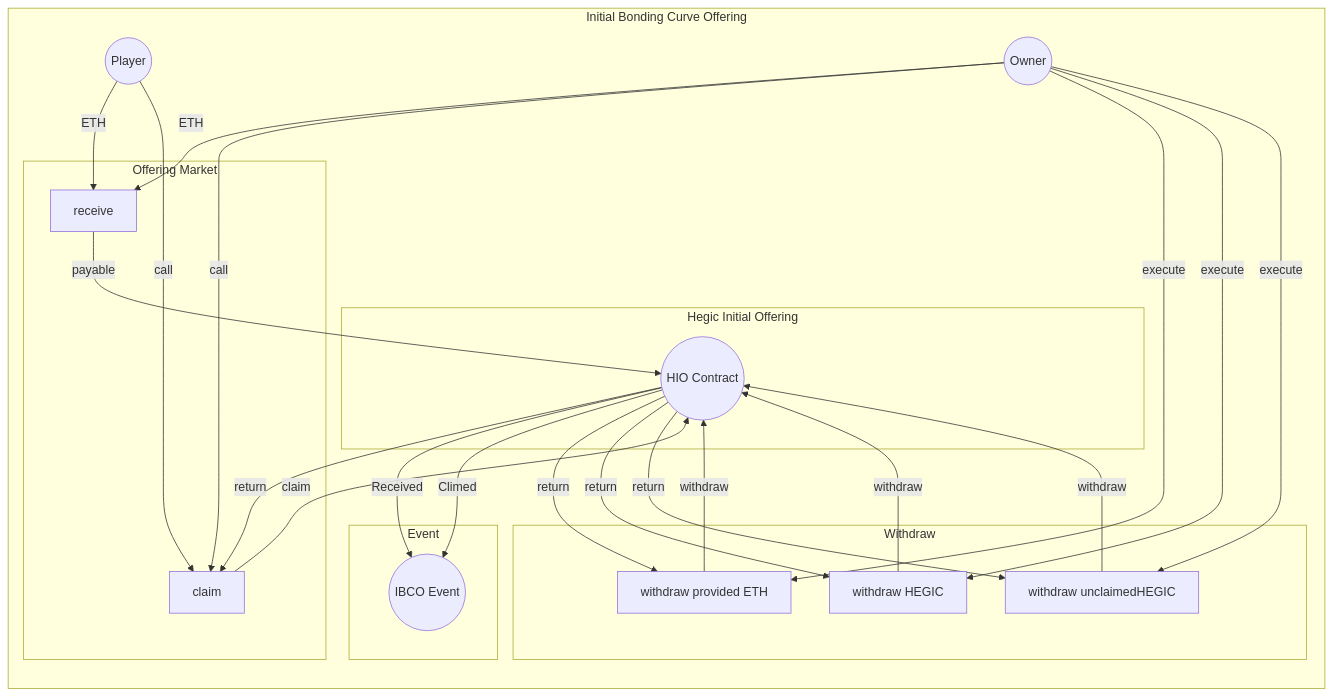
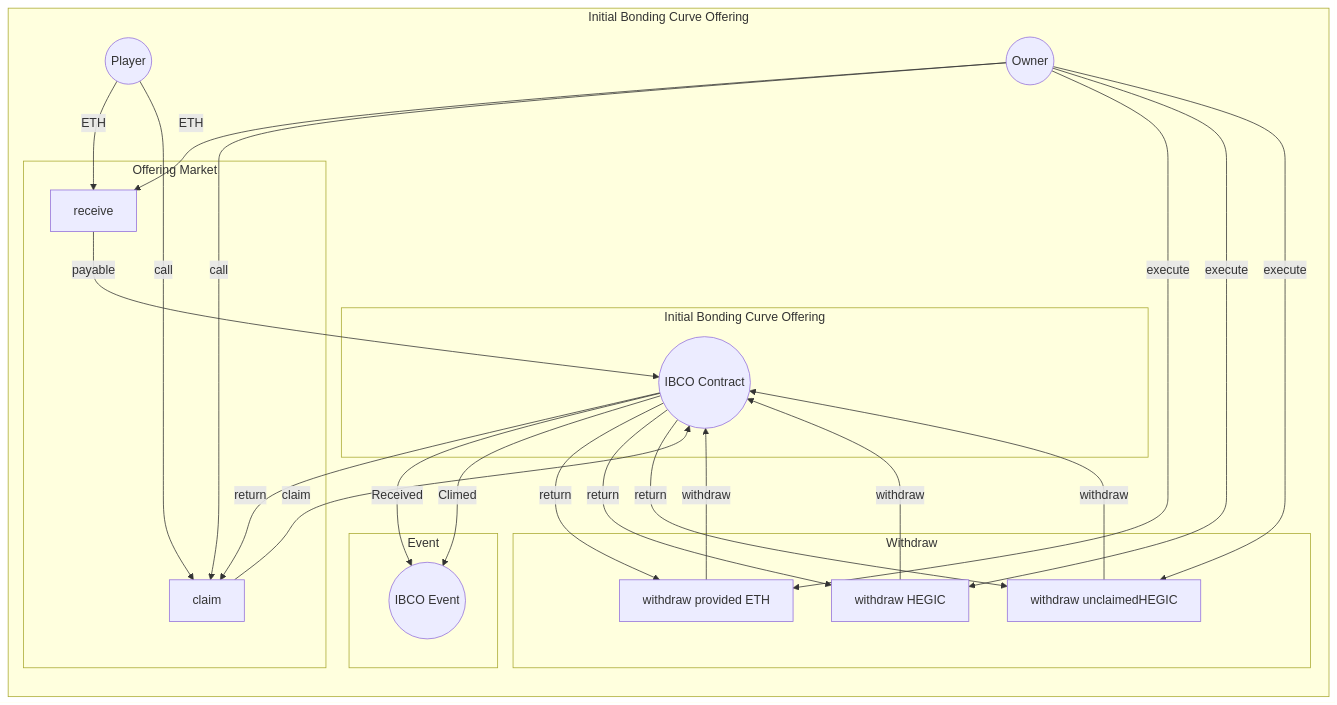
One commit to knight-y-j/ibco-contract-dapp changed the first of 2 diagrams in docs/diagram/class.index.md. Above: the diagram before and after it, drawn with Mermaid.

````diff
--- a/docs/diagram/class.index.md
+++ b/docs/diagram/class.index.md
@@ -34,43 +34,43 @@
 ```mermaid
 flowchart LR
     subgraph "Initial Bonding Curve Offering"
         User((Player))
         subgraph "Offering Market"
             receive[receive]
             claim[claim]
         end
         Contract_Owner((Owner))
         subgraph "Withdraw"
             withdrawProvidedETH[withdraw provided ETH]
             withdrawHEGIC[withdraw HEGIC]
             withdrawUnclaimedHEGIC[withdraw unclaimedHEGIC]
         end
-        subgraph "Hegic Initial Offering"
-        InitialOfferingCOntract((HIO Contract))
+        subgraph "Initial Bonding Curve Offering"
+        InitialOfferingCOntract((IBCO Contract))
         end
         subgraph "Event"
         IBCOEvent((IBCO Event))
         end
     end
     User -->|ETH| receive
     User -->|call| claim
     Contract_Owner -->|ETH| receive
     Contract_Owner -->|call| claim
     receive -->|payable| InitialOfferingCOntract
     claim -->|claim| InitialOfferingCOntract
     InitialOfferingCOntract -->|return| claim
 
     InitialOfferingCOntract -->|Received| IBCOEvent
     InitialOfferingCOntract -->|Climed| IBCOEvent
 
     Contract_Owner -->|execute| withdrawProvidedETH
     Contract_Owner -->|execute| withdrawHEGIC
     Contract_Owner -->|execute| withdrawUnclaimedHEGIC
 
     withdrawProvidedETH -->|withdraw| InitialOfferingCOntract
     withdrawHEGIC -->|withdraw| InitialOfferingCOntract
     withdrawUnclaimedHEGIC -->|withdraw| InitialOfferingCOntract
     InitialOfferingCOntract -->|return| withdrawProvidedETH
     InitialOfferingCOntract -->|return| withdrawHEGIC
     InitialOfferingCOntract -->|return| withdrawUnclaimedHEGIC
 ```
````
